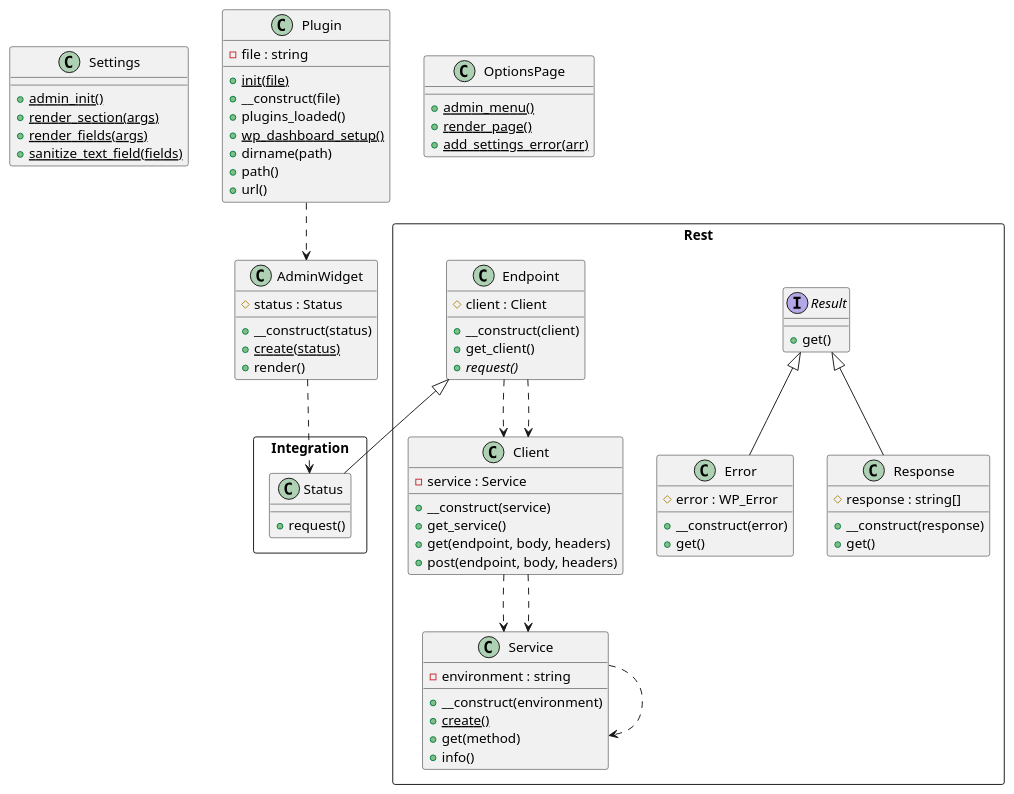
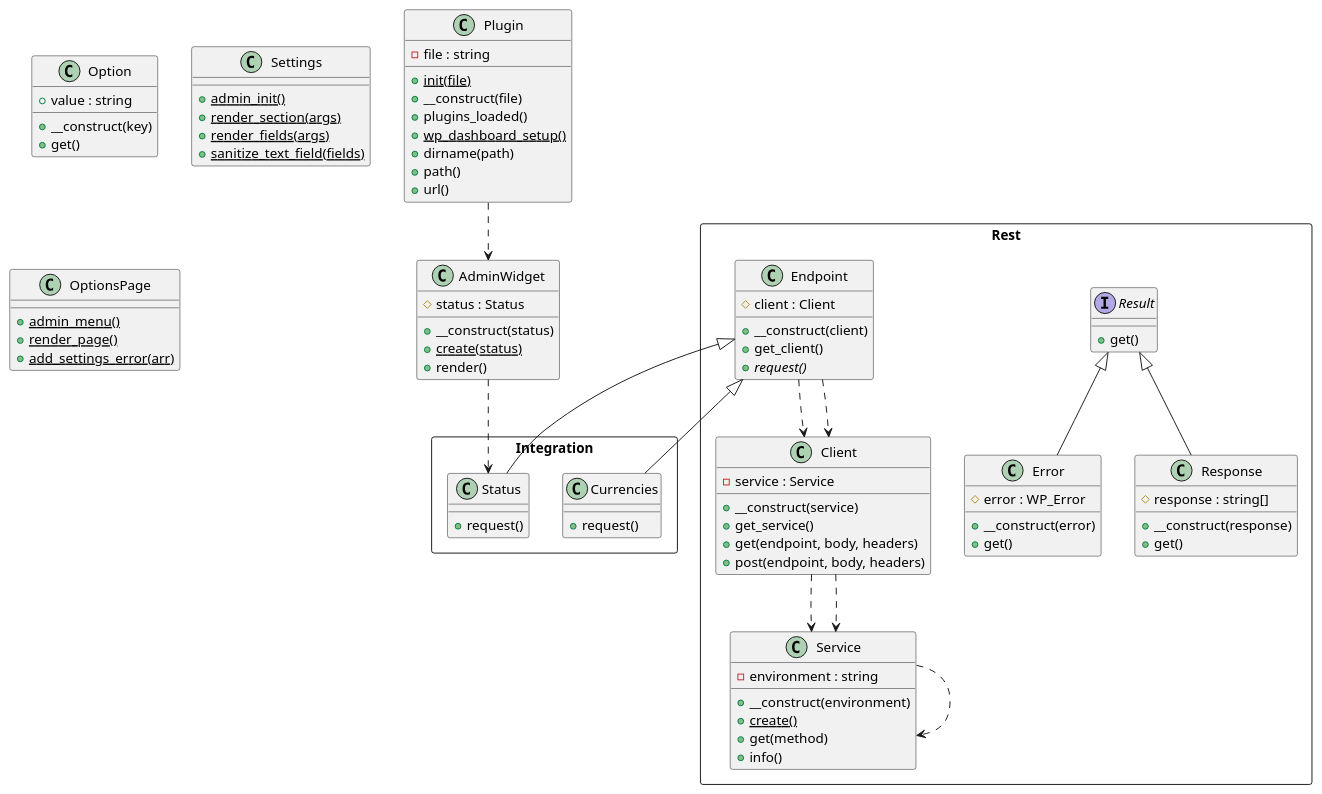
One commit to lloc/wp-nowpayments-integration changed the diagram in plantuml_gist.puml. Above: the diagram before and after it, drawn with PlantUML.

Commit message:
Diagram updated

```diff
--- a/plantuml_gist.puml
+++ b/plantuml_gist.puml
@@ -1,79 +1,88 @@
 @startuml class-diagram
+  class Option {
+    +value : string
+    +__construct(key)
+    +get()
+  }
   class Settings {
     {static} +admin_init()
     {static} +render_section(args)
     {static} +render_fields(args)
     {static} +sanitize_text_field(fields)
   }
   class Plugin {
     -file : string
     {static} +init(file)
     +__construct(file)
     +plugins_loaded()
     {static} +wp_dashboard_setup()
     +dirname(path)
     +path()
     +url()
   }
   class AdminWidget {
     #status : Status
     +__construct(status)
     {static} +create(status)
     +render()
   }
   class OptionsPage {
     {static} +admin_menu()
     {static} +render_page()
     {static} +add_settings_error(arr)
   }
   package Integration as Integration <<Rectangle>> {
     class Integration.Status {
+      +request()
+    }
+    class Integration.Currencies {
       +request()
     }
   }
   package Rest as Rest <<Rectangle>> {
     interface Rest.Result {
       +get()
     }
     class Rest.Error {
       #error : WP_Error
       +__construct(error)
       +get()
     }
     class Rest.Service {
       -environment : string
       +__construct(environment)
       {static} +create()
       +get(method)
       +info()
     }
     class Rest.Client {
       -service : Service
       +__construct(service)
       +get_service()
       +get(endpoint, body, headers)
       +post(endpoint, body, headers)
     }
     class Rest.Response {
       #response : string[]
       +__construct(response)
       +get()
     }
     class Rest.Endpoint {
       #client : Client
       +__construct(client)
       +get_client()
       {abstract} +request()
     }
   }
   AdminWidget ..> Integration.Status
   Plugin ..> AdminWidget
   Rest.Client ..> Rest.Service
   Rest.Client ..> Rest.Service
   Rest.Endpoint ..> Rest.Client
   Rest.Endpoint ..> Rest.Client
+  Rest.Endpoint <|-- Integration.Currencies
   Rest.Endpoint <|-- Integration.Status
   Rest.Result <|-- Rest.Error
   Rest.Result <|-- Rest.Response
   Rest.Service ..> Rest.Service
 @enduml
```
